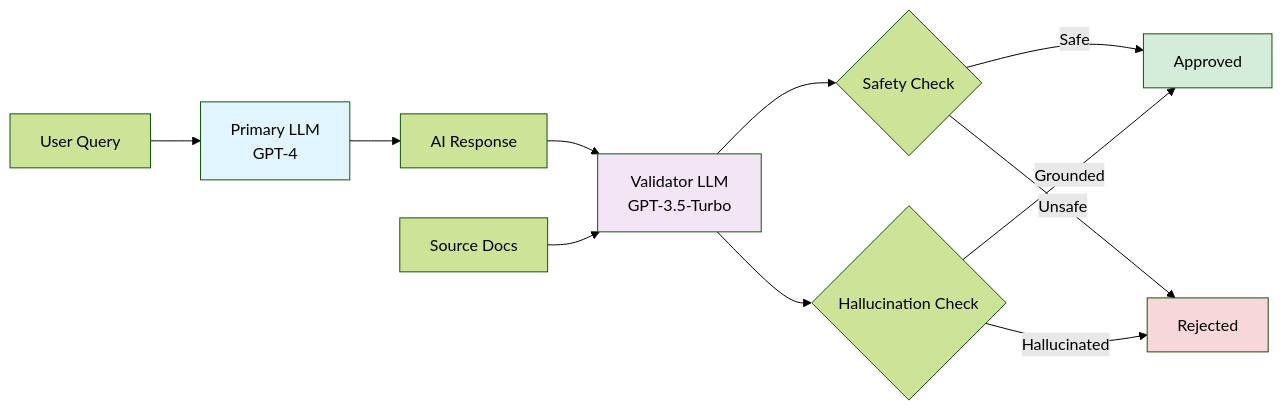
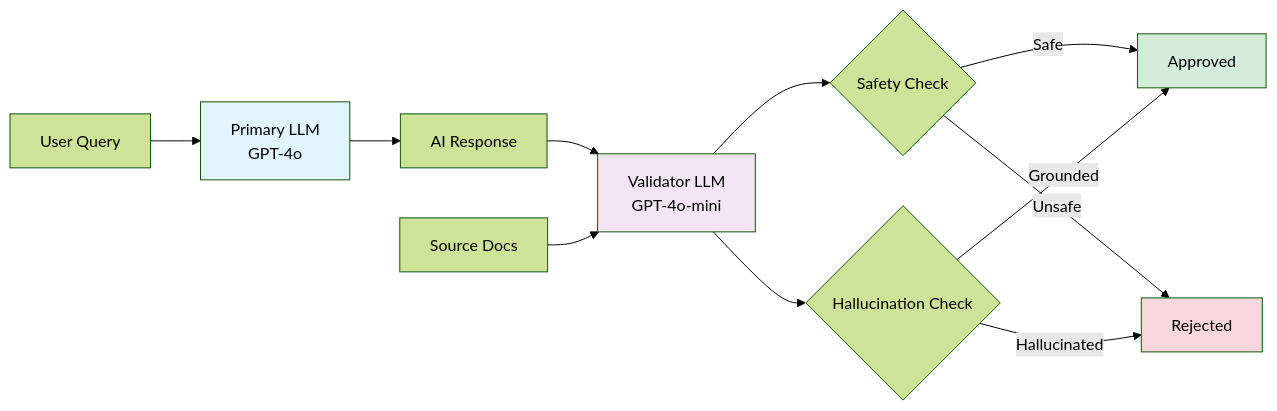
The first of 3 diagrams in llm-springboot/docs/tutorials/module-05-security-guardrails/04-output-validator.md (learnj-ai/workshops), drawn with Mermaid (forest theme) before and after one commit. The commit also changed other lines of this file and 21 other files, not shown here.

````diff
--- a/llm-springboot/docs/tutorials/module-05-security-guardrails/04-output-validator.md
+++ b/llm-springboot/docs/tutorials/module-05-security-guardrails/04-output-validator.md
@@ -159,22 +159,22 @@
 ```mermaid
 graph LR
-    Input[User Query] --> Primary[Primary LLM<br/>GPT-4]
+    Input[User Query] --> Primary[Primary LLM<br/>GPT-4o]
     Primary --> Response[AI Response]
 
-    Response --> Validator[Validator LLM<br/>GPT-3.5-Turbo]
+    Response --> Validator[Validator LLM<br/>GPT-4o-mini]
     Sources[Source Docs] --> Validator
 
     Validator --> SafetyCheck{Safety Check}
     Validator --> HallucinationCheck{Hallucination Check}
 
     SafetyCheck -->|Safe| Approve[Approved]
     SafetyCheck -->|Unsafe| Reject[Rejected]
 
     HallucinationCheck -->|Grounded| Approve
     HallucinationCheck -->|Hallucinated| Reject
 
     style Primary fill:#e1f5ff
     style Validator fill:#f3e5f5
     style Approve fill:#d4edda
     style Reject fill:#f8d7da
 ```
````
